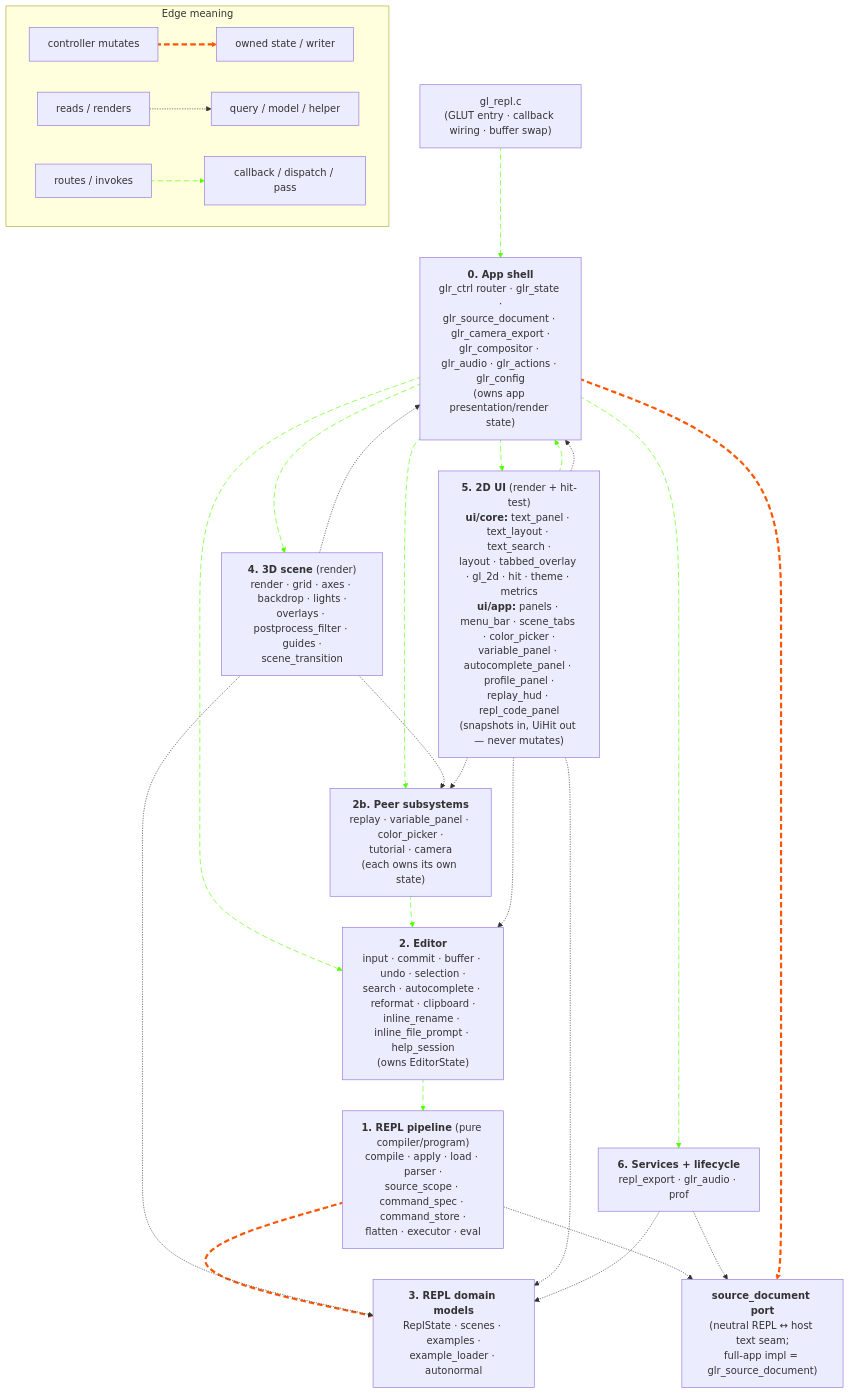
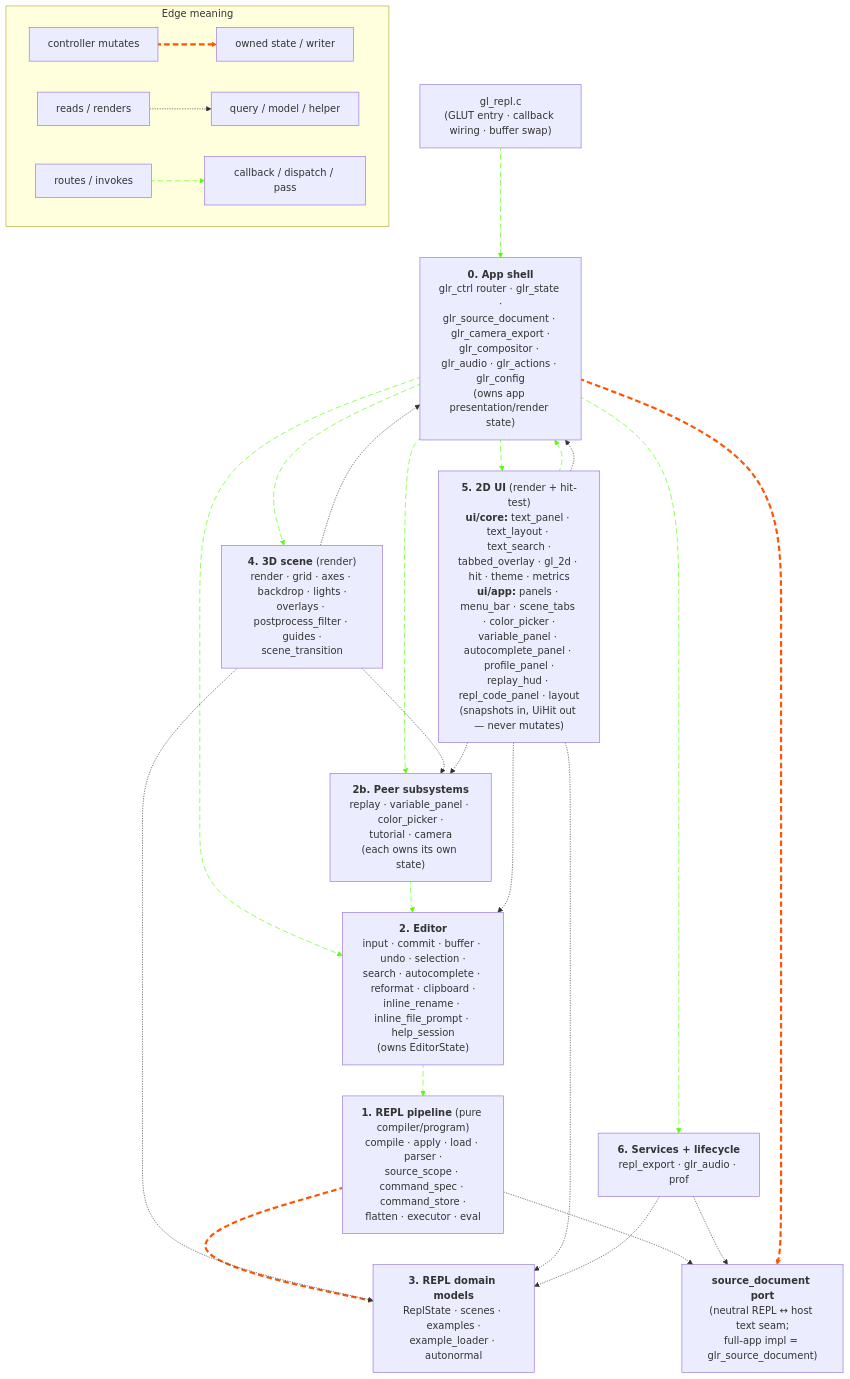
The first of 2 diagrams in MODULES.md (drewwoods/gl-repl), drawn with Mermaid before and after one commit. The commit also changed other lines of this file and 1 other file, not shown here.

````diff
--- a/MODULES.md
+++ b/MODULES.md
@@ -586,79 +586,79 @@
 ```mermaid
 flowchart TB
     subgraph legend["Edge meaning"]
         lmut_a["controller mutates"] e1@==> lmut_b["owned state / writer"]
         lread_a["reads / renders"] -.-> lread_b["query / model / helper"]
         lflow_a["routes / invokes"] i1@--> lflow_b["callback / dispatch / pass"]
     end
 
     gl_repl["gl_repl.c<br/>(GLUT entry · callback wiring · buffer swap)"]
 
     app["<b>0. App shell</b><br/>glr_ctrl router · glr_state ·<br/>glr_source_document · glr_camera_export ·<br/>glr_compositor · glr_audio · glr_actions · glr_config<br/>(owns app presentation/render state)"]
 
     editor["<b>2. Editor</b><br/>input · commit · buffer · undo · selection ·<br/>search · autocomplete · reformat · clipboard ·<br/>inline_rename · inline_file_prompt · help_session<br/>(owns EditorState)"]
 
     peers["<b>2b. Peer subsystems</b><br/>replay · variable_panel · color_picker ·<br/>tutorial · camera<br/>(each owns its own state)"]
 
     repl["<b>1. REPL pipeline</b> (pure compiler/program)<br/>compile · apply · load · parser ·<br/>source_scope · command_spec · command_store ·<br/>flatten · executor · eval"]
 
     models["<b>3. REPL domain models</b><br/>ReplState · scenes · examples ·<br/>example_loader · autonormal"]
 
     srcdoc["<b>source_document port</b><br/>(neutral REPL ↔ host text seam;<br/>full-app impl = glr_source_document)"]
 
-    ui["<b>5. 2D UI</b> (render + hit-test)<br/><b>ui/core:</b> text_panel · text_layout · text_search ·<br/>layout · tabbed_overlay · gl_2d · hit · theme · metrics<br/><b>ui/app:</b> panels · menu_bar · scene_tabs · color_picker ·<br/>variable_panel · autocomplete_panel · profile_panel ·<br/>replay_hud · repl_code_panel<br/>(snapshots in, UiHit out — never mutates)"]
+    ui["<b>5. 2D UI</b> (render + hit-test)<br/><b>ui/core:</b> text_panel · text_layout · text_search ·<br/>tabbed_overlay · gl_2d · hit · theme · metrics<br/><b>ui/app:</b> panels · menu_bar · scene_tabs · color_picker ·<br/>variable_panel · autocomplete_panel · profile_panel ·<br/>replay_hud · repl_code_panel · layout<br/>(snapshots in, UiHit out — never mutates)"]
 
     scene["<b>4. 3D scene</b> (render)<br/>render · grid · axes · backdrop · lights ·<br/>overlays · postprocess_filter · guides ·<br/>scene_transition"]
 
     services["<b>6. Services + lifecycle</b><br/>repl_export · glr_audio · prof"]
 
     %% Raw input flow: gl_repl.c hands GLUT events to the app shell. UI
     %% hit-tests are passive — they compute a UiHit and hand it back to
     %% the controller for dispatch.
     gl_repl i2@--> app
     ui i3@--> app
 
     %% App shell routes raw input to the owning subsystem, drives the
     %% frame, and calls UI/scene/services.
     app i4@--> editor
     app i5@--> peers
     app i6@--> scene
     app i7@--> ui
     app i8@--> services
 
     %% Editor commit is the only path crossing INTO the REPL pipeline.
     %% REPL apply / command_store mutates the program model.
     editor i9@--> repl
     repl e2@==> models
 
     %% Peers write back through the editor (color_picker rewrites a
     %% source line via editor_commit_apply_external_change; the
     %% variable_panel drag rewrites a numeric token the same way).
     peers i10@--> editor
 
     %% Source-document port: REPL pipeline reads/writes source text
     %% through the neutral port, and services read source through it
     %% too. The full-app adapter (app layer) delegates writes to the
     %% editor buffer — editor stays the single underlying writer.
     repl -.-> srcdoc
     services -.-> srcdoc
     app e3@==> srcdoc
 
     %% Render is read-only: scene and UI consume snapshots of program /
     %% editor / peer / app state. They never mutate.
     scene -.-> models
     scene -.-> peers
     scene -.-> app
     ui -.-> editor
     ui -.-> models
     ui -.-> peers
     ui -.-> app
 
     %% Services read program and editor state to persist/replay.
     services -.-> models
 
     classDef animateE stroke:#f50,stroke-dasharray: 9\,5,stroke-dashoffset: 900,animation: dash 90s linear infinite;
     classDef animateF stroke:#5f0,stroke-dasharray: 9\,5,stroke-dashoffset: 900,animation: dash 90s linear infinite;
 
     class e1,e2,e3 animateE
     class i1,i2,i3,i4,i5,i6,i7,i8,i9,i10 animateF
 ```
````
